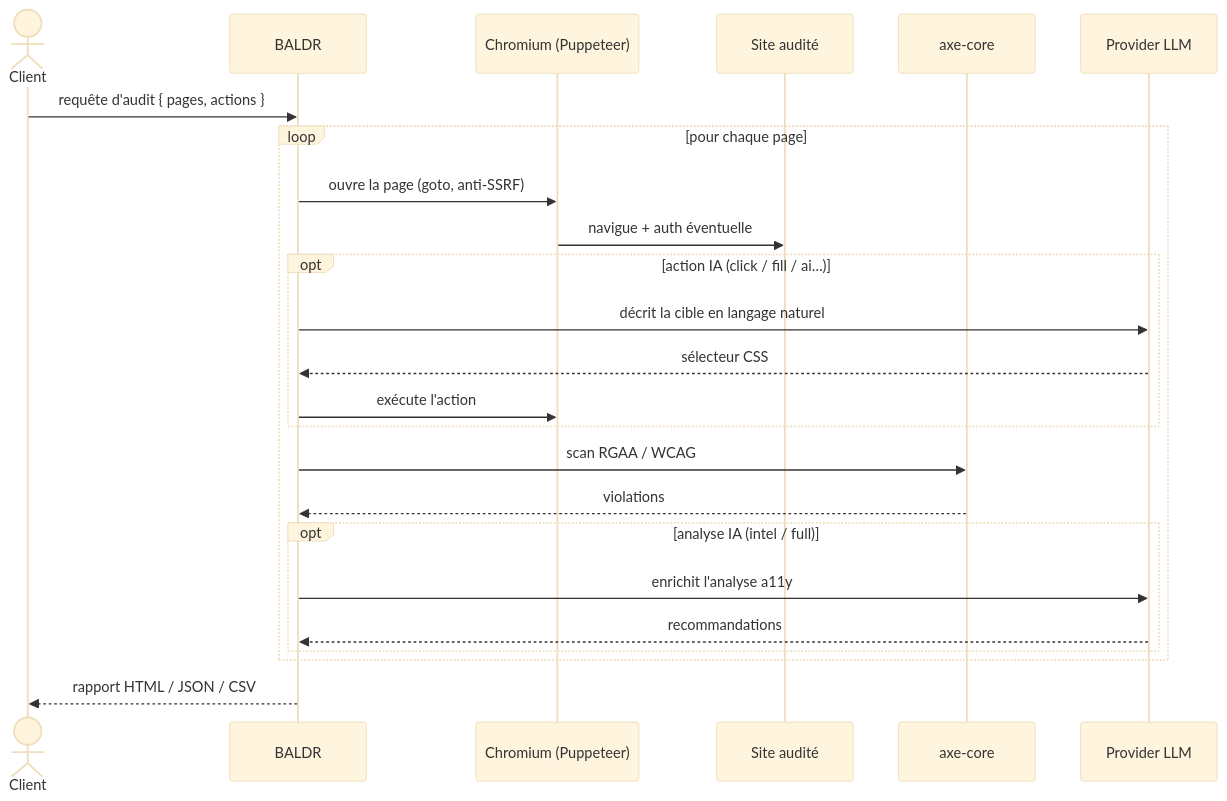
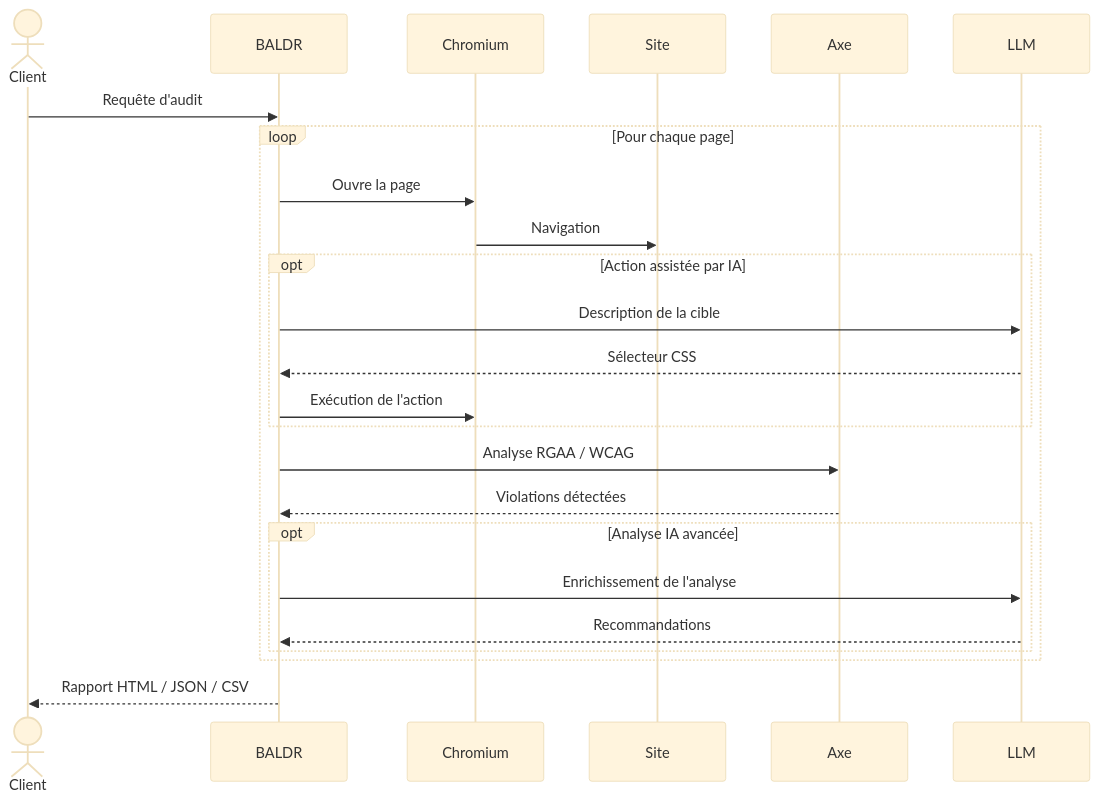
Before and after one commit to malakoffhumanis/baldr-accessibility-scan: the second of 2 diagrams in README.md, drawn with Mermaid (base theme). The commit also changed other lines of this file and 7 other files, not shown here.

````diff
--- a/README.md
+++ b/README.md
@@ -85,27 +202,32 @@
 ```mermaid
 sequenceDiagram
     actor Client
-    participant Baldr as BALDR
-    participant Browser as Chromium (Puppeteer)
-    participant Site as Site audité
-    participant Axe as axe-core
-    participant LLM as Provider LLM
+    participant BALDR
+    participant Chromium
+    participant Site
+    participant Axe
+    participant LLM
 
-    Client->>Baldr: requête d'audit { pages, actions }
-    loop pour chaque page
-        Baldr->>Browser: ouvre la page (goto, anti-SSRF)
-        Browser->>Site: navigue + auth éventuelle
-        opt action IA (click / fill / ai…)
-            Baldr->>LLM: décrit la cible en langage naturel
-            LLM-->>Baldr: sélecteur CSS
-            Baldr->>Browser: exécute l'action
+    Client->>BALDR: Requête d'audit
+
+    loop Pour chaque page
+        BALDR->>Chromium: Ouvre la page
+        Chromium->>Site: Navigation
+
+        opt Action assistée par IA
+            BALDR->>LLM: Description de la cible
+            LLM-->>BALDR: Sélecteur CSS
+            BALDR->>Chromium: Exécution de l'action
         end
-        Baldr->>Axe: scan RGAA / WCAG
-        Axe-->>Baldr: violations
-        opt analyse IA (intel / full)
-            Baldr->>LLM: enrichit l'analyse a11y
-            LLM-->>Baldr: recommandations
+
+        BALDR->>Axe: Analyse RGAA / WCAG
+        Axe-->>BALDR: Violations détectées
+
+        opt Analyse IA avancée
+            BALDR->>LLM: Enrichissement de l'analyse
+            LLM-->>BALDR: Recommandations
         end
     end
-    Baldr-->>Client: rapport HTML / JSON / CSV
+
+    BALDR-->>Client: Rapport HTML / JSON / CSV
 ```
````
